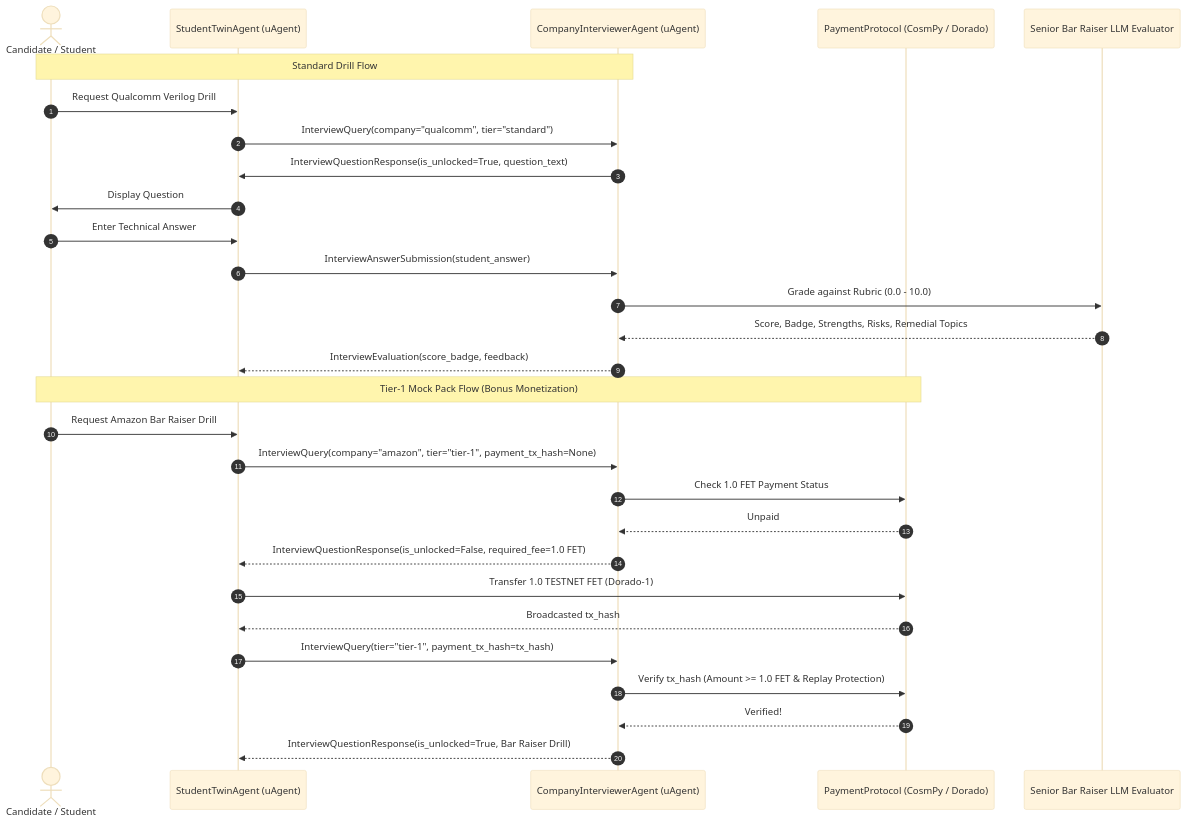
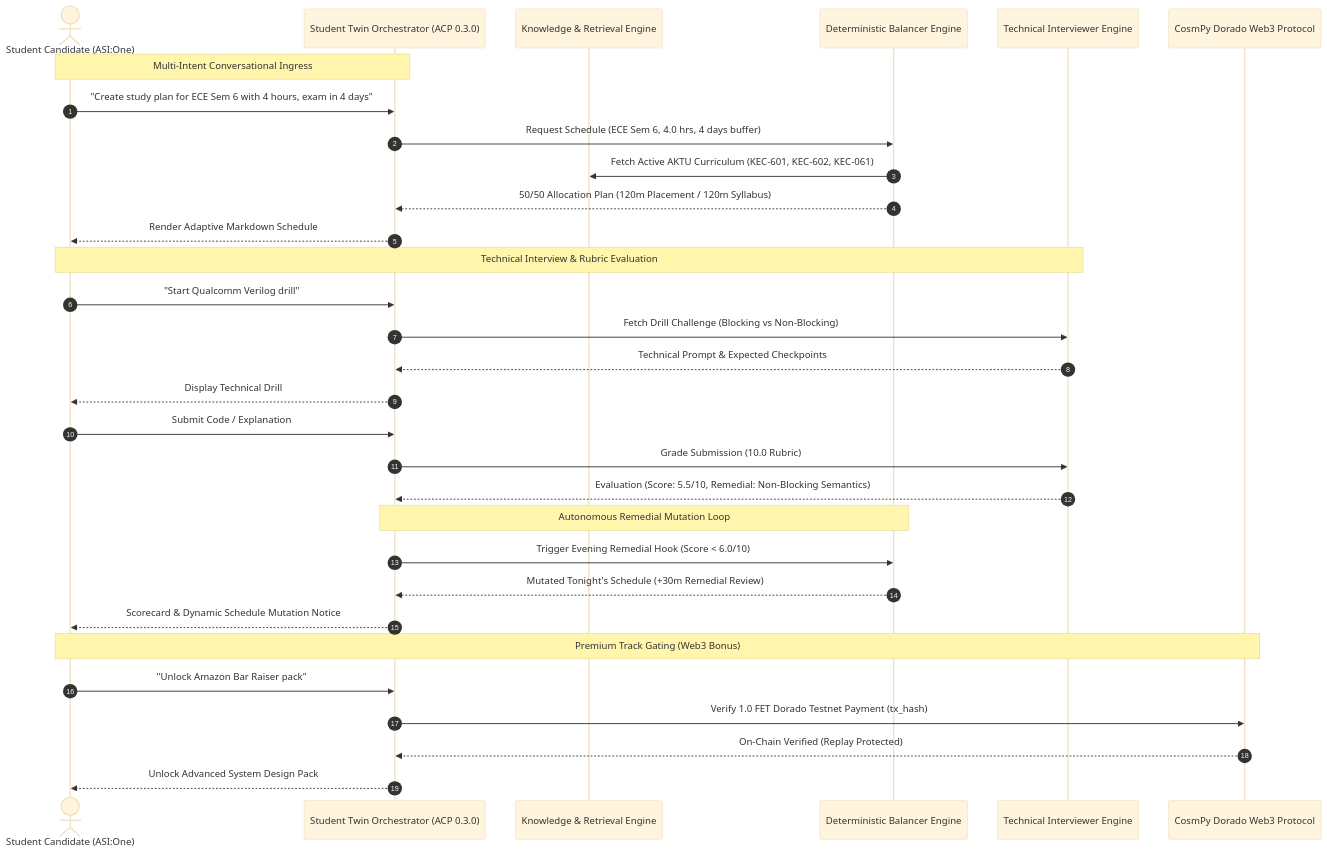
One commit to gangasagar5928/Campus_Mate-AI changed the diagram in README.md. Above: the diagram before and after it, drawn with Mermaid (base theme). The commit also changed other lines of this file and 41 other files, not shown here.

Commit message:
refactor(architecture): restructure into modular enterprise packages, remove .env.example/.gitignore, clean up noise

````diff
--- a/README.md
+++ b/README.md
@@ -31,33 +36,37 @@
 ```mermaid
 sequenceDiagram
     autonumber
-    actor Student as Candidate / Student
-    participant Twin as StudentTwinAgent (uAgent)
-    participant Interviewer as CompanyInterviewerAgent (uAgent)
-    participant Payment as PaymentProtocol (CosmPy / Dorado)
-    participant Evaluator as Senior Bar Raiser LLM Evaluator
+    actor Student as Student Candidate (ASI:One)
+    participant Twin as Student Twin Orchestrator (ACP 0.3.0)
+    participant RAG as Knowledge & Retrieval Engine
+    participant Balancer as Deterministic Balancer Engine
+    participant Interviewer as Technical Interviewer Engine
+    participant Payment as CosmPy Dorado Web3 Protocol
 
-    Note over Student,Interviewer: Standard Drill Flow
-    Student->>Twin: Request Qualcomm Verilog Drill
-    Twin->>Interviewer: InterviewQuery(company="qualcomm", tier="standard")
-    Interviewer->>Twin: InterviewQuestionResponse(is_unlocked=True, question_text)
-    Twin->>Student: Display Question
-    Student->>Twin: Enter Technical Answer
-    Twin->>Interviewer: InterviewAnswerSubmission(student_answer)
-    Interviewer->>Evaluator: Grade against Rubric (0.0 - 10.0)
-    Evaluator-->>Interviewer: Score, Badge, Strengths, Risks, Remedial Topics
-    Interviewer-->>Twin: InterviewEvaluation(score_badge, feedback)
+    Note over Student,Twin: Multi-Intent Conversational Ingress
+    Student->>Twin: "Create study plan for ECE Sem 6 with 4 hours, exam in 4 days"
+    Twin->>Balancer: Request Schedule (ECE Sem 6, 4.0 hrs, 4 days buffer)
+    Balancer->>RAG: Fetch Active AKTU Curriculum (KEC-601, KEC-602, KEC-061)
+    Balancer-->>Twin: 50/50 Allocation Plan (120m Placement / 120m Syllabus)
+    Twin-->>Student: Render Adaptive Markdown Schedule
 
-    Note over Student,Payment: Tier-1 Mock Pack Flow (Bonus Monetization)
-    Student->>Twin: Request Amazon Bar Raiser Drill
-    Twin->>Interviewer: InterviewQuery(company="amazon", tier="tier-1", payment_tx_hash=None)
-    Interviewer->>Payment: Check 1.0 FET Payment Status
-    Payment-->>Interviewer: Unpaid
-    Interviewer-->>Twin: InterviewQuestionResponse(is_unlocked=False, required_fee=1.0 FET)
-    Twin->>Payment: Transfer 1.0 TESTNET FET (Dorado-1)
-    Payment-->>Twin: Broadcasted tx_hash
-    Twin->>Interviewer: InterviewQuery(tier="tier-1", payment_tx_hash=tx_hash)
-    Interviewer->>Payment: Verify tx_hash (Amount >= 1.0 FET & Replay Protection)
-    Payment-->>Interviewer: Verified!
-    Interviewer-->>Twin: InterviewQuestionResponse(is_unlocked=True, Bar Raiser Drill)
+    Note over Student,Interviewer: Technical Interview & Rubric Evaluation
+    Student->>Twin: "Start Qualcomm Verilog drill"
+    Twin->>Interviewer: Fetch Drill Challenge (Blocking vs Non-Blocking)
+    Interviewer-->>Twin: Technical Prompt & Expected Checkpoints
+    Twin-->>Student: Display Technical Drill
+    Student->>Twin: Submit Code / Explanation
+    Twin->>Interviewer: Grade Submission (10.0 Rubric)
+    Interviewer-->>Twin: Evaluation (Score: 5.5/10, Remedial: Non-Blocking Semantics)
+    
+    Note over Twin,Balancer: Autonomous Remedial Mutation Loop
+    Twin->>Balancer: Trigger Evening Remedial Hook (Score < 6.0/10)
+    Balancer-->>Twin: Mutated Tonight's Schedule (+30m Remedial Review)
+    Twin-->>Student: Scorecard & Dynamic Schedule Mutation Notice
+
+    Note over Student,Payment: Premium Track Gating (Web3 Bonus)
+    Student->>Twin: "Unlock Amazon Bar Raiser pack"
+    Twin->>Payment: Verify 1.0 FET Dorado Testnet Payment (tx_hash)
+    Payment-->>Twin: On-Chain Verified (Replay Protected)
+    Twin-->>Student: Unlock Advanced System Design Pack
 ```
````
